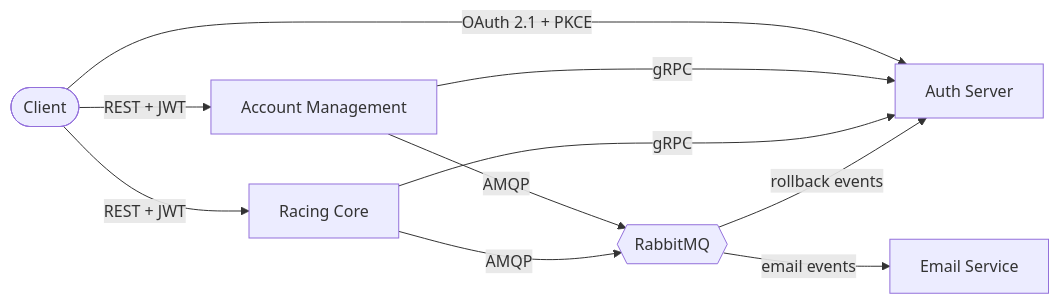
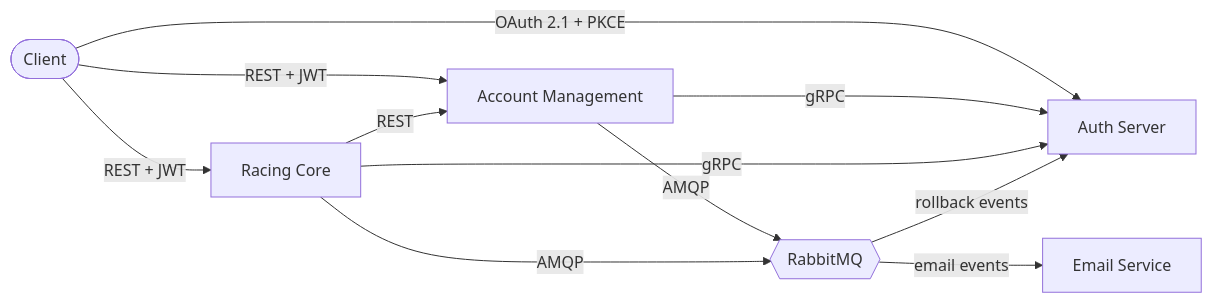
The diagram in profile/README.md (mobility-systems/.github), drawn with Mermaid before and after one commit.

````diff
--- a/profile/README.md
+++ b/profile/README.md
@@ -10,12 +10,13 @@
 ```mermaid
 flowchart LR
     Client([Client]) -->|OAuth 2.1 + PKCE| Auth
     Client -->|REST + JWT| AM[Account Management]
     Client -->|REST + JWT| RC[Racing Core]
     AM -->|gRPC| Auth[Auth Server]
     RC -->|gRPC| Auth
+    RC -->|REST| AM
     AM -->|AMQP| MQ{{RabbitMQ}}
     RC -->|AMQP| MQ
     MQ -->|rollback events| Auth
     MQ -->|email events| Email[Email Service]
 ```
````
